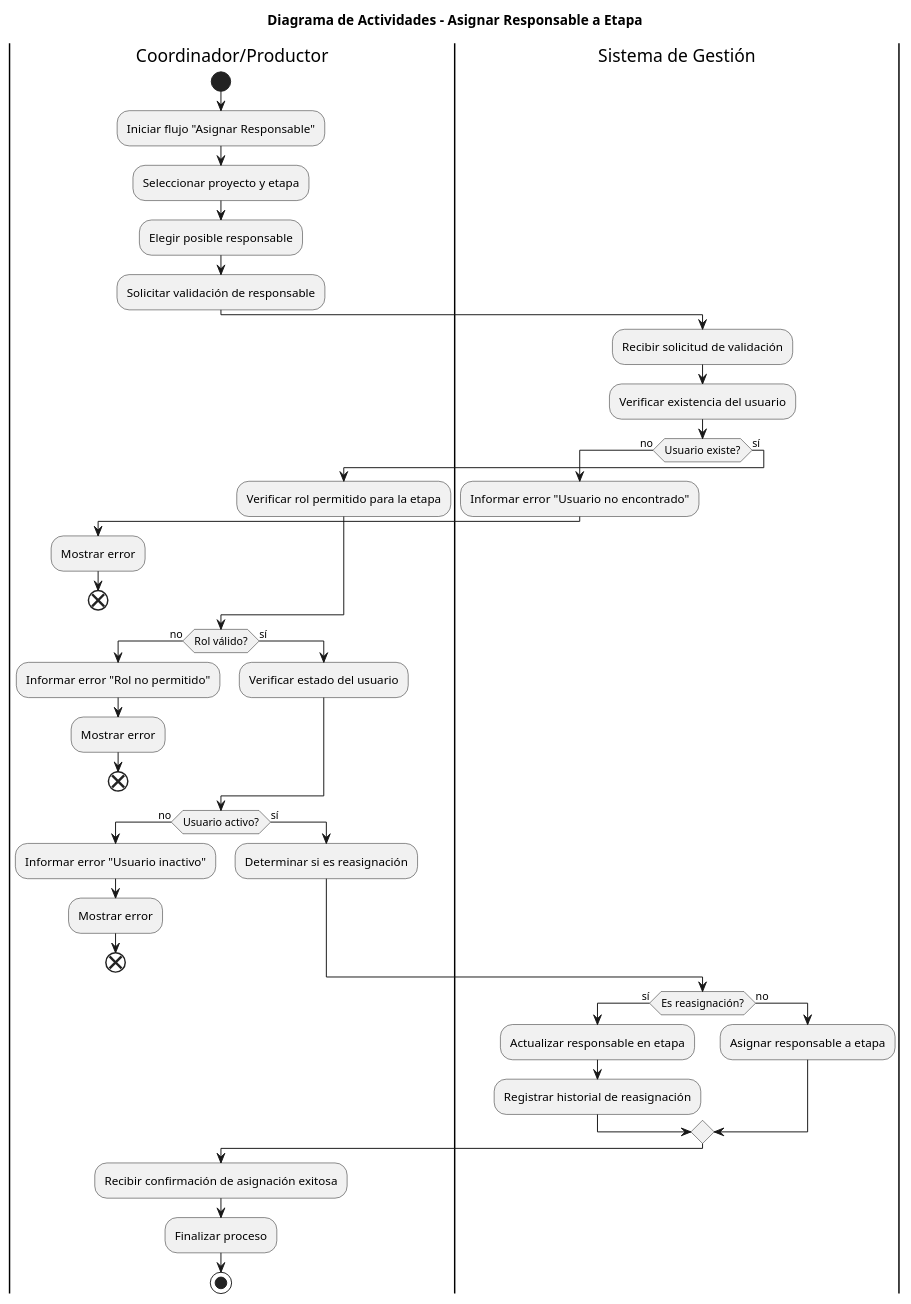
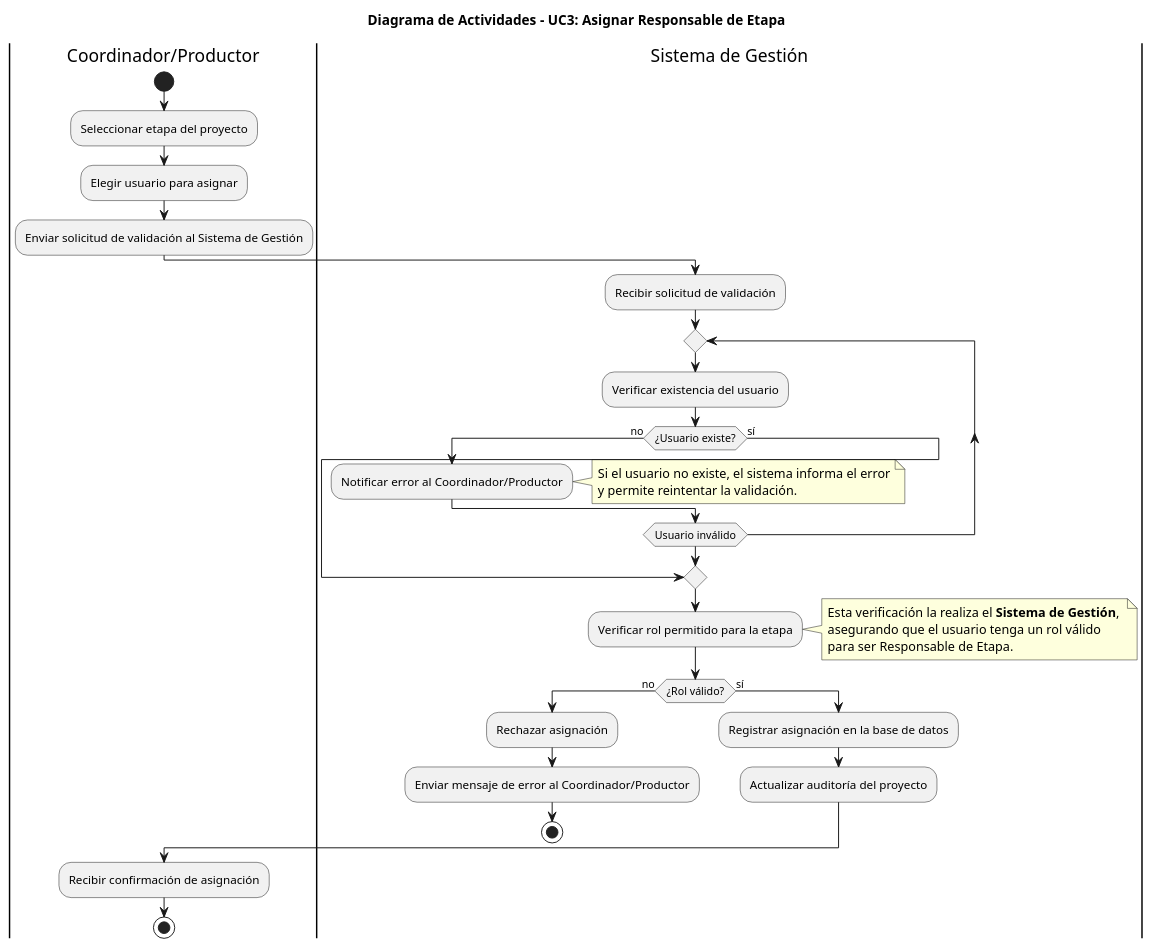
Before and after one commit to GonzaloBarbano/SistemaProductoraVideos: the diagram in diagramas/04-diagramas-actividades/04-actividad-asignar-responsable-etapa-03.puml, drawn with PlantUML. The commit also changed 3 other files, not shown here.

Commit message:
Correccion Diagramas actividad 3 y 4

```diff
--- a/diagramas/04-diagramas-actividades/04-actividad-asignar-responsable-etapa-03.puml
+++ b/diagramas/04-diagramas-actividades/04-actividad-asignar-responsable-etapa-03.puml
@@ -1,54 +1,44 @@
 @startuml
-title Diagrama de Actividades – Asignar Responsable a Etapa
+title Diagrama de Actividades - UC3: Asignar Responsable de Etapa
+
 |Coordinador/Productor|
 start
-
-:Iniciar flujo "Asignar Responsable";
-:Seleccionar proyecto y etapa;
-:Elegir posible responsable;
-:Solicitar validación de responsable;
+:Seleccionar etapa del proyecto;
+:Elegir usuario para asignar;
+:Enviar solicitud de validación al Sistema de Gestión;
 
 |Sistema de Gestión|
 :Recibir solicitud de validación;
-:Verificar existencia del usuario;
+repeat
+  :Verificar existencia del usuario;
+  if (¿Usuario existe?) then (no)
+    :Notificar error al Coordinador/Productor;
+    note right
+    Si el usuario no existe, el sistema informa el error
+    y permite reintentar la validación.
+    end note
+  else (sí)
+    break
+  endif
+repeat while (Usuario inválido)
 
-if (Usuario existe?) then (no)
-  :Informar error "Usuario no encontrado";
-  |Coordinador/Productor|
-  :Mostrar error;
-  end
+:Verificar rol permitido para la etapa;
+note right
+Esta verificación la realiza el **Sistema de Gestión**, 
+asegurando que el usuario tenga un rol válido 
+para ser Responsable de Etapa.
+end note
+
+if (¿Rol válido?) then (no)
+  :Rechazar asignación;
+  :Enviar mensaje de error al Coordinador/Productor;
+  stop
 else (sí)
-  :Verificar rol permitido para la etapa;
-endif
-
-if (Rol válido?) then (no)
-  :Informar error "Rol no permitido";
-  |Coordinador/Productor|
-  :Mostrar error;
-  end
-else (sí)
-  :Verificar estado del usuario;
-endif
-
-if (Usuario activo?) then (no)
-  :Informar error "Usuario inactivo";
-  |Coordinador/Productor|
-  :Mostrar error;
-  end
-else (sí)
-  :Determinar si es reasignación;
-endif
-
-|Sistema de Gestión|
-if (Es reasignación?) then (sí)
-  :Actualizar responsable en etapa;
-  :Registrar historial de reasignación;
-else (no)
-  :Asignar responsable a etapa;
+  :Registrar asignación en la base de datos;
+  :Actualizar auditoría del proyecto;
 endif
 
 |Coordinador/Productor|
-:Recibir confirmación de asignación exitosa;
-:Finalizar proceso;
+:Recibir confirmación de asignación;
 stop
 @enduml
```
